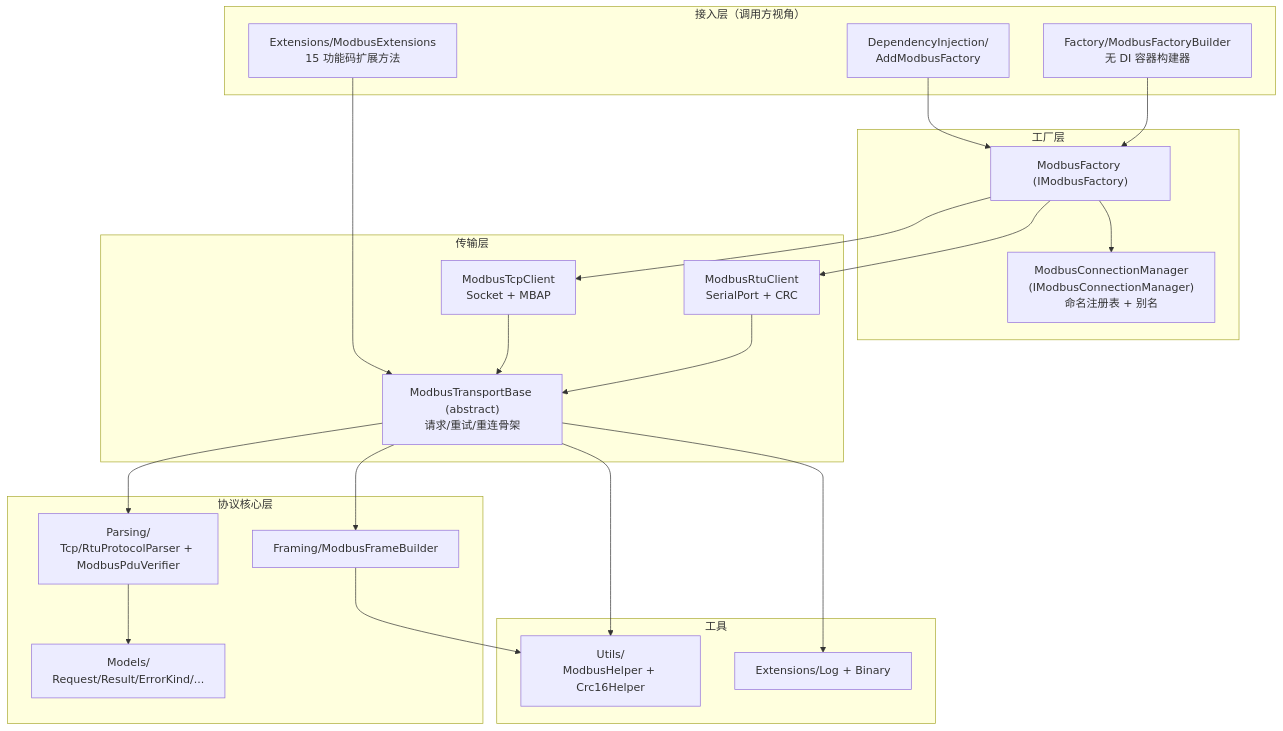
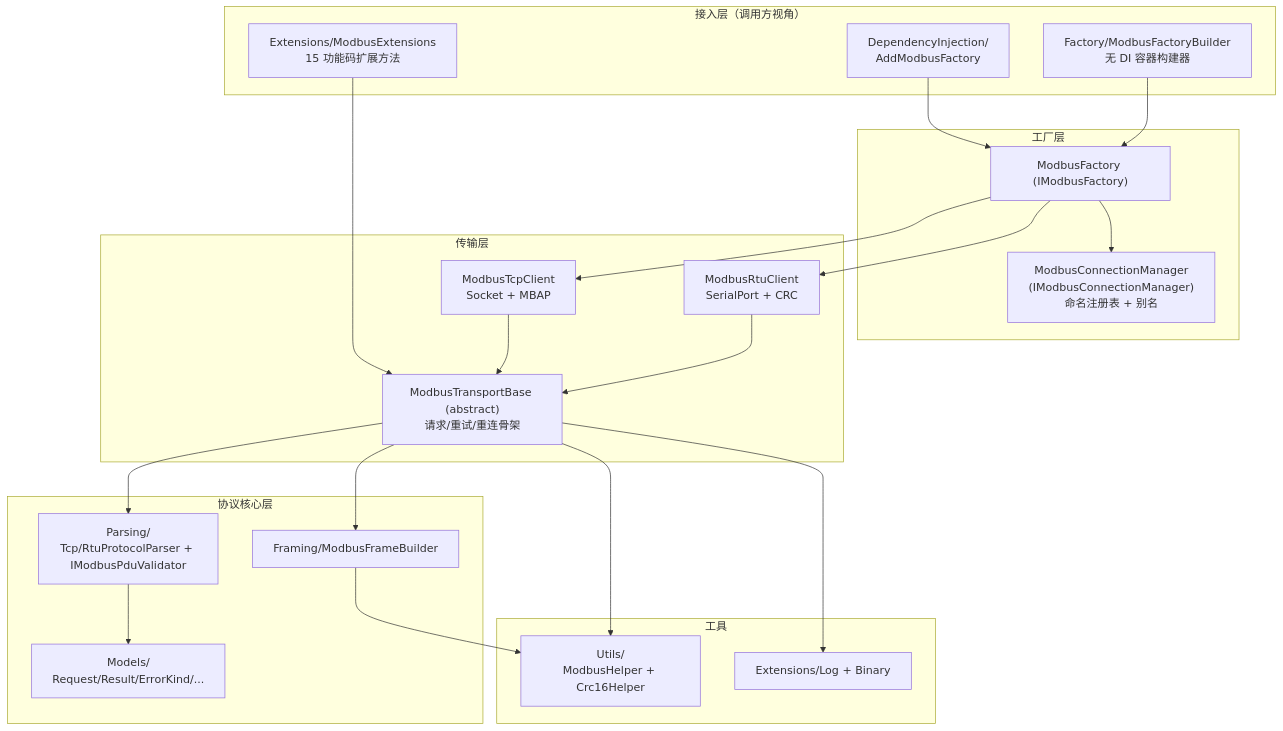
The diagram in Junevy.Communication.Wiki/zh/content/架构设计/整体架构概览.md (Junevy/Junevy.Communication), drawn with Mermaid before and after one commit. The commit also changed other lines of this file and 13 other files, not shown here.

````diff
--- a/Junevy.Communication.Wiki/zh/content/架构设计/整体架构概览.md
+++ b/Junevy.Communication.Wiki/zh/content/架构设计/整体架构概览.md
@@ -22,36 +22,36 @@
 ```mermaid
 graph TB
     subgraph Entry["接入层（调用方视角）"]
         EXT["Extensions/ModbusExtensions<br/>15 功能码扩展方法"]
         DI["DependencyInjection/<br/>AddModbusFactory"]
         FB["Factory/ModbusFactoryBuilder<br/>无 DI 容器构建器"]
     end
     subgraph Fac["工厂层"]
         F["ModbusFactory (IModbusFactory)"]
         M["ModbusConnectionManager<br/>(IModbusConnectionManager)<br/>命名注册表 + 别名"]
     end
     subgraph Trans["传输层"]
         TB["ModbusTransportBase (abstract)<br/>请求/重试/重连骨架"]
         TCP["ModbusTcpClient<br/>Socket + MBAP"]
         RTU["ModbusRtuClient<br/>SerialPort + CRC"]
     end
     subgraph Core["协议核心层"]
-        PARSE["Parsing/<br/>Tcp/RtuProtocolParser + ModbusPduVerifier"]
+        PARSE["Parsing/<br/>Tcp/RtuProtocolParser + IModbusPduValidator"]
         FRAME["Framing/ModbusFrameBuilder"]
         MODEL["Models/<br/>Request/Result/ErrorKind/..."]
     end
     subgraph Util["工具"]
         HLP["Utils/<br/>ModbusHelper + Crc16Helper"]
         LOG["Extensions/Log + Binary"]
     end
 
     EXT --> TB
     DI --> F
     FB --> F
     F --> M
     F --> TCP & RTU
     TCP & RTU --> TB
     TB --> PARSE & FRAME & HLP & LOG
     PARSE --> MODEL
     FRAME --> HLP
 ```
````
